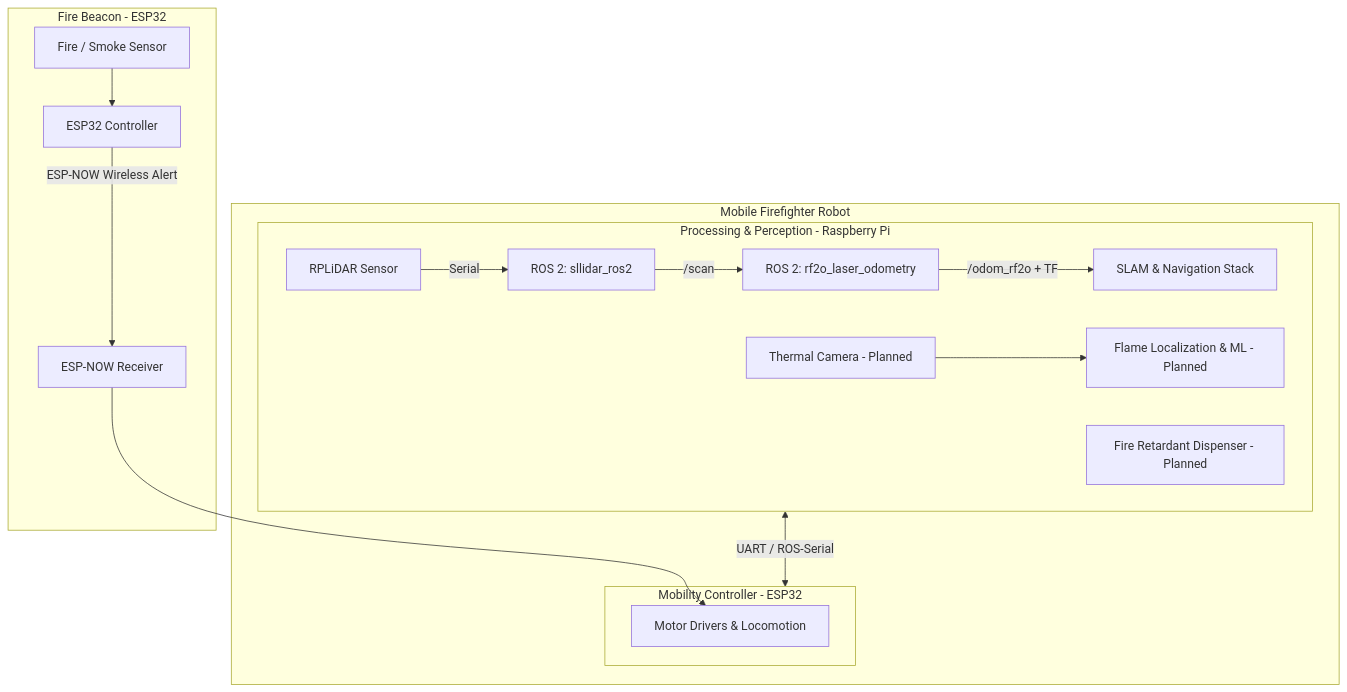
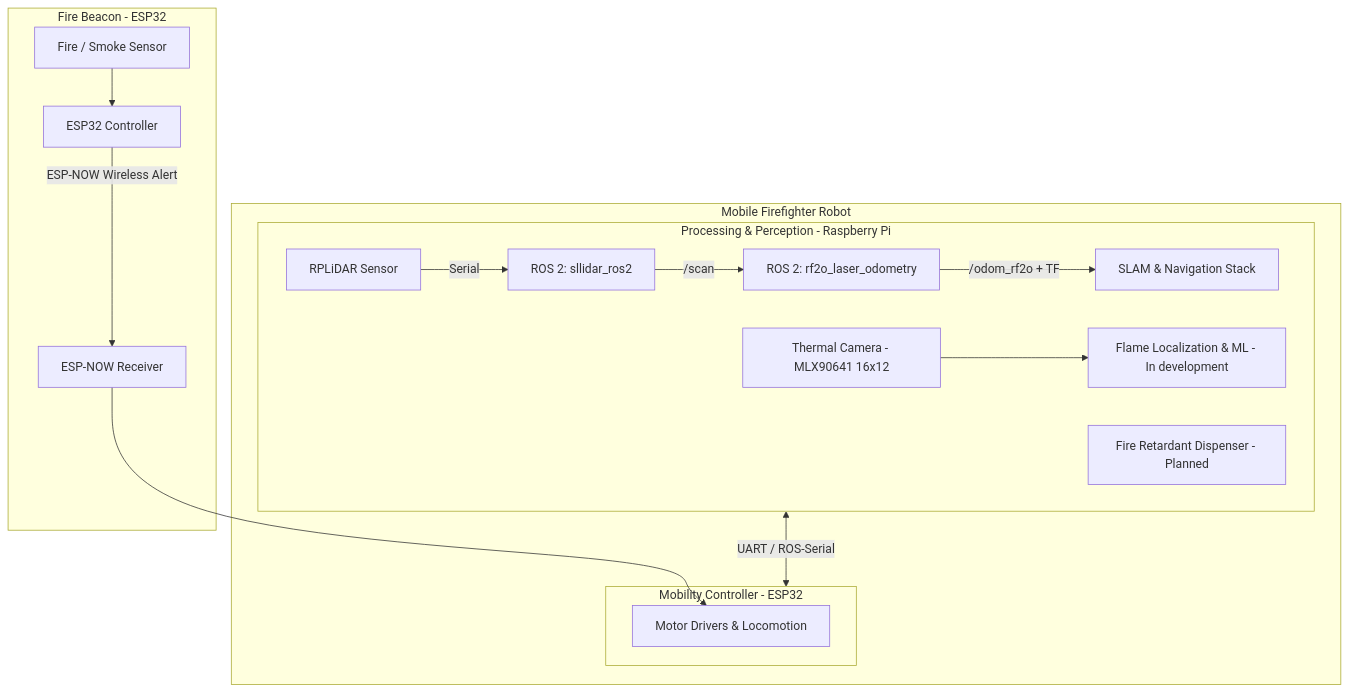
The diagram in README.md (thechaelice/firefighter_ws), drawn with Mermaid before and after one commit. The commit also changed other lines of this file and 11 other files, not shown here.

First line of the commit message:
feat(thermal camera): Add support for Melexis MLX90641 thermal camera

````diff
--- a/README.md
+++ b/README.md
@@ -9,23 +9,23 @@
 ```mermaid
 flowchart TD
     subgraph Beacon [Fire Beacon - ESP32]
         B1[Fire / Smoke Sensor] --> B2[ESP32 Controller]
         B2 -->|ESP-NOW Wireless Alert| R2
     end
 
     subgraph Robot [Mobile Firefighter Robot]
         subgraph ESP32_Robot [Mobility Controller - ESP32]
             R2[ESP-NOW Receiver] --> R3[Motor Drivers & Locomotion]
         end
 
         subgraph Pi_Robot [Processing & Perception - Raspberry Pi]
             Lidar[RPLiDAR Sensor] -->|Serial| ROS_Scan[ROS 2: sllidar_ros2]
             ROS_Scan -->|/scan| ROS_Odom[ROS 2: rf2o_laser_odometry]
             ROS_Odom -->|/odom_rf2o + TF| SLAM[SLAM & Navigation Stack]
-            Thermal[Thermal Camera - Planned] --> ML[Flame Localization & ML - Planned]
+            Thermal[Thermal Camera - MLX90641 16x12] --> ML[Flame Localization & ML - In development]
             Extinguisher[Fire Retardant Dispenser - Planned]
         end
 
         Pi_Robot <-->|UART / ROS-Serial| ESP32_Robot
     end
 ```
````
